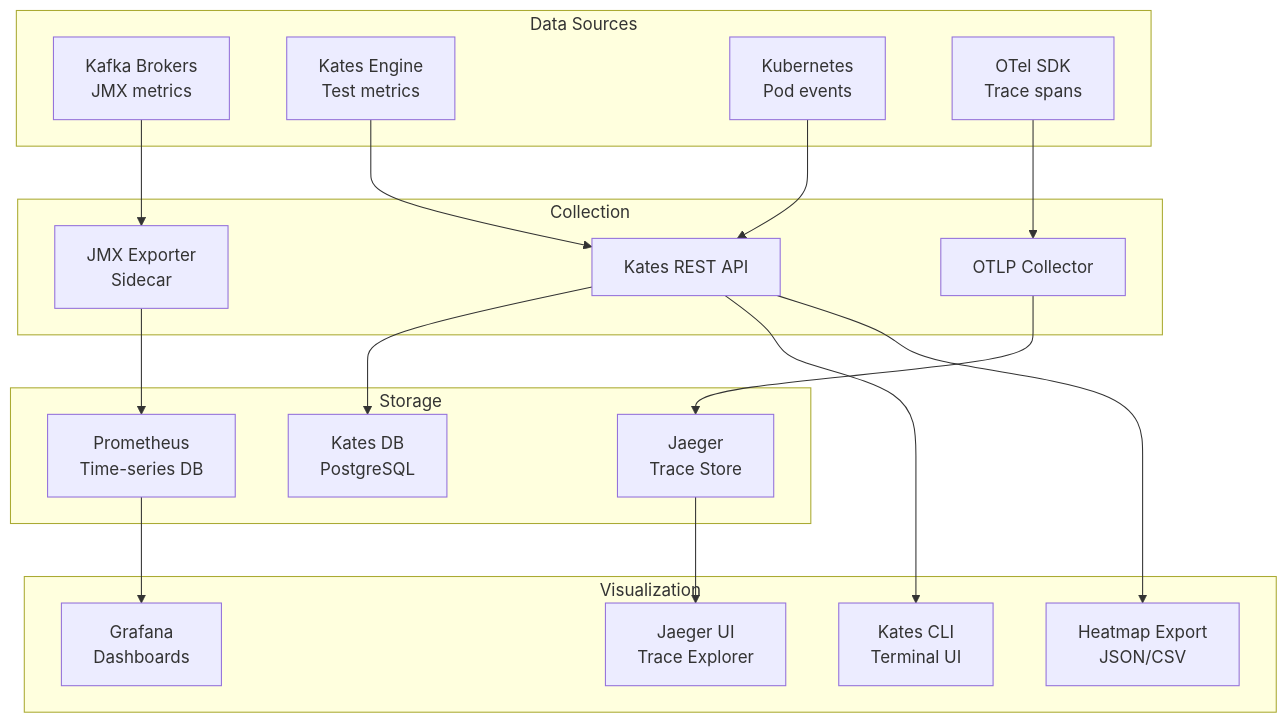
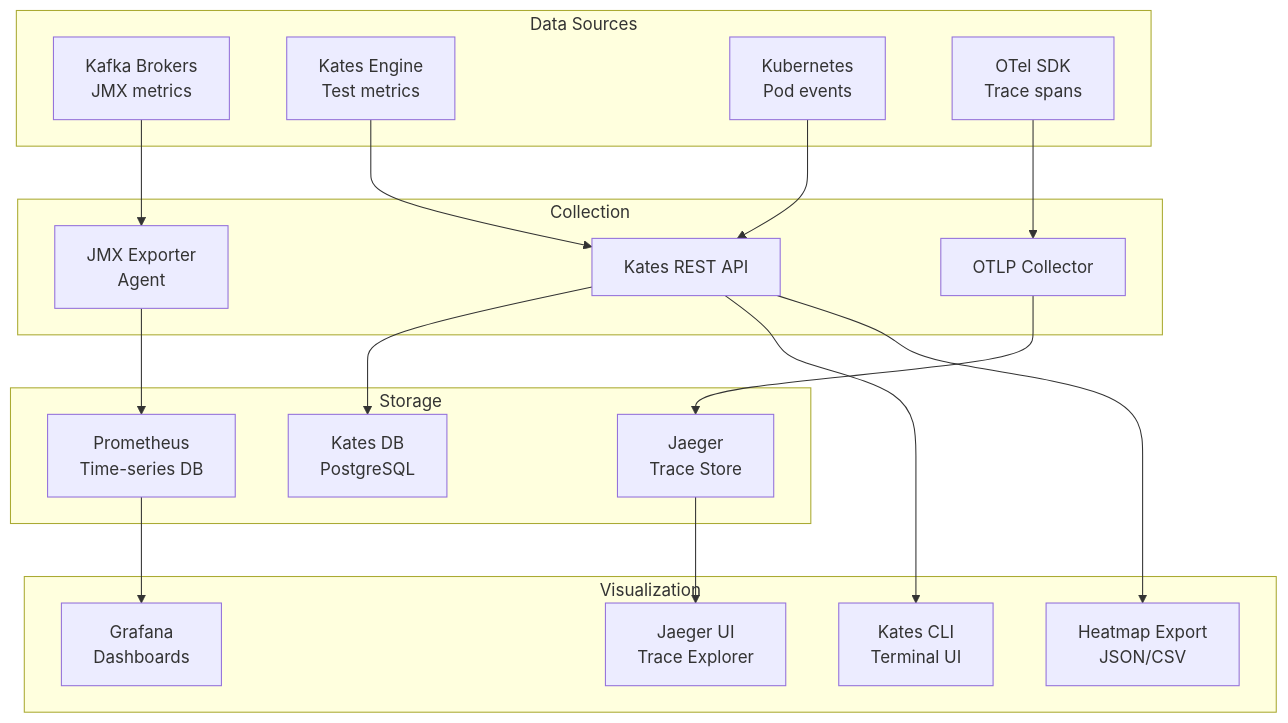
Before and after one commit to actions-marketplace-validations/bmscomp_kates: the first of 2 diagrams in docs/book/09-observability.md, drawn with Mermaid. The commit also changed other lines of this file and 23 other files, not shown here.

````diff
--- a/docs/book/09-observability.md
+++ b/docs/book/09-observability.md
@@ -13,35 +13,35 @@
 ```mermaid
 graph TB
     subgraph Sources["Data Sources"]
         KB[Kafka Brokers<br/>JMX metrics]
         KE[Kates Engine<br/>Test metrics]
         K8S[Kubernetes<br/>Pod events]
         OTEL[OTel SDK<br/>Trace spans]
     end
     
     subgraph Collection["Collection"]
-        JMX[JMX Exporter<br/>Sidecar]
+        JMX[JMX Exporter<br/>Agent]
         API[Kates REST API]
         OTLP[OTLP Collector]
     end
     
     subgraph Storage["Storage"]
         PROM[Prometheus<br/>Time-series DB]
         DB[Kates DB<br/>PostgreSQL]
         JAEGER[Jaeger<br/>Trace Store]
     end
     
     subgraph Visualization["Visualization"]
         GRAF[Grafana<br/>Dashboards]
         CLI[Kates CLI<br/>Terminal UI]
         HM[Heatmap Export<br/>JSON/CSV]
         JUI[Jaeger UI<br/>Trace Explorer]
     end
     
     KB --> JMX --> PROM --> GRAF
     KE --> API --> DB
     API --> CLI
     API --> HM
     K8S --> API
     OTEL --> OTLP --> JAEGER --> JUI
 ```
````
